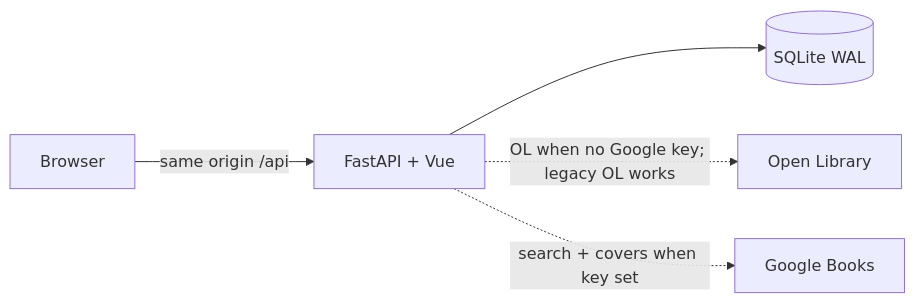
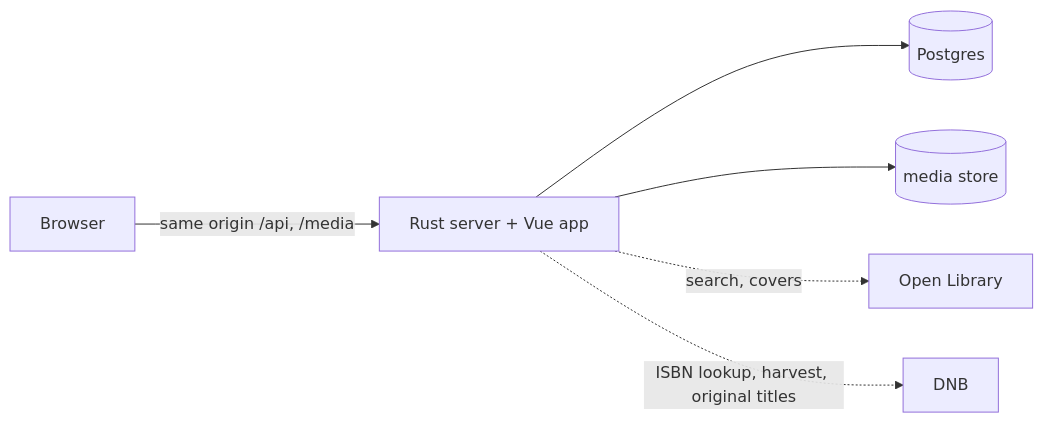
One commit to rafiistcool/bookclub changed the diagram in README.md. Above: the diagram before and after it, drawn with Mermaid. The commit also changed other lines of this file and 108 other files, not shown here.

````diff
--- a/README.md
+++ b/README.md
@@ -150,7 +94,8 @@
 ```mermaid
 flowchart LR
-  Browser -->|"same origin /api"| App["FastAPI + Vue"]
-  App --> DB[("SQLite WAL")]
-  App -.->|"OL when no Google key; legacy OL works"| OL[Open Library]
-  App -.->|"search + covers when key set"| GB[Google Books]
+  Browser -->|"same origin /api, /media"| Server["Rust server + Vue app"]
+  Server --> PG[("Postgres")]
+  Server --> Media[("media store")]
+  Server -.->|"search, covers"| OL[Open Library]
+  Server -.->|"ISBN lookup, harvest, original titles"| DNB[DNB]
 ```
````
